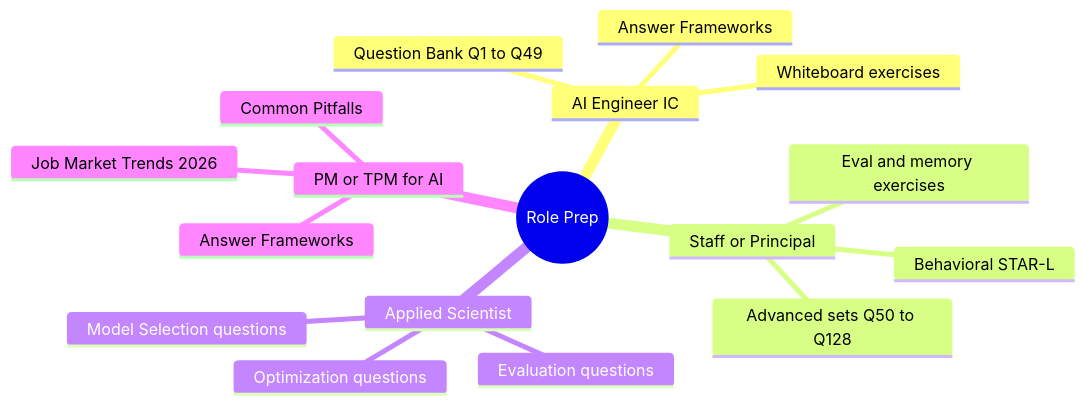
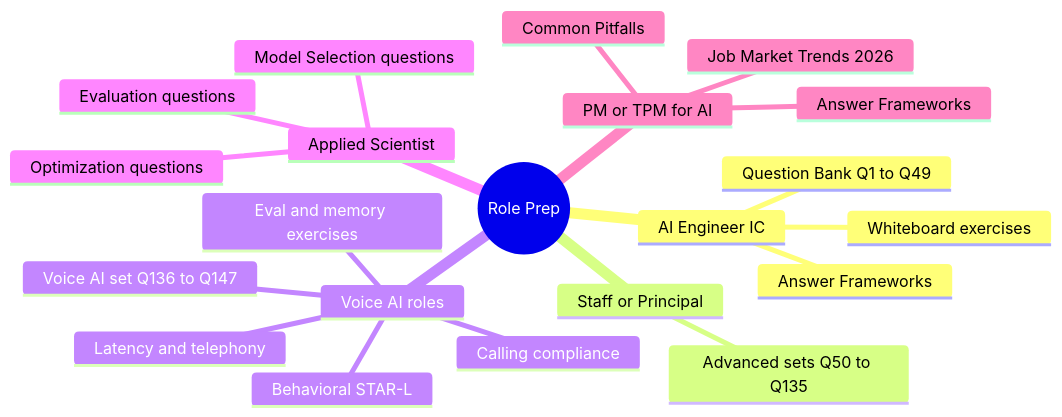
The second of 2 diagrams in 00-interview-prep/README.md (dongphuongman/ai-system-design-guide), drawn with Mermaid before and after one commit. The commit also changed other lines of this file and 8 other files, not shown here.

````diff
--- a/00-interview-prep/README.md
+++ b/00-interview-prep/README.md
@@ -32,20 +32,24 @@
 ```mermaid
 mindmap
   root((Role Prep))
     AI Engineer IC
       Question Bank Q1 to Q49
       Answer Frameworks
       Whiteboard exercises
     Staff or Principal
-      Advanced sets Q50 to Q128
+      Advanced sets Q50 to Q135
+    Voice AI roles
+      Voice AI set Q136 to Q147
+      Latency and telephony
+      Calling compliance
       Behavioral STAR-L
       Eval and memory exercises
     Applied Scientist
       Model Selection questions
       Evaluation questions
       Optimization questions
     PM or TPM for AI
       Common Pitfalls
       Job Market Trends 2026
       Answer Frameworks
 ```
````
